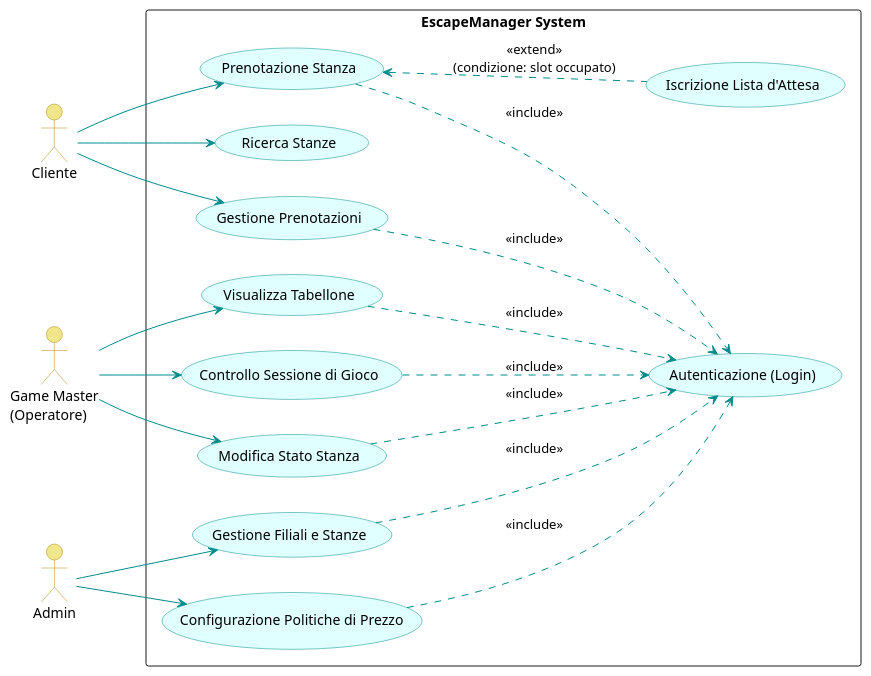
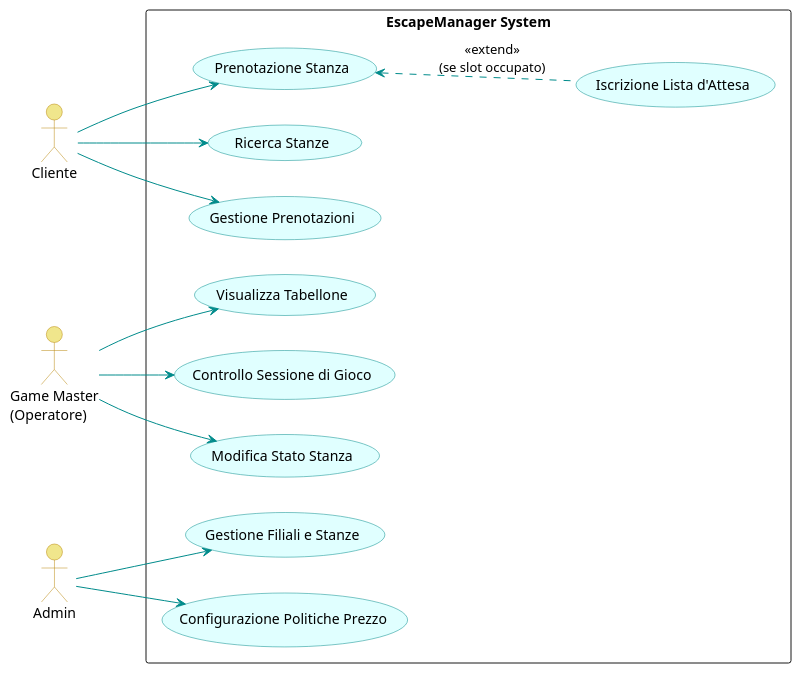
One commit to Adrycasta04/EscapeManager changed the diagram in docs/UML/usecase_diagram.puml. Above: the diagram before and after it, drawn with PlantUML. The commit also changed 31 other files, not shown here.

```diff
--- a/docs/UML/usecase_diagram.puml
+++ b/docs/UML/usecase_diagram.puml
@@ -1,64 +1,52 @@
 @startuml usecase_diagram
 left to right direction
 skinparam packageStyle rectangle
 skinparam usecase {
     BackgroundColor LightCyan
     BorderColor DarkCyan
     ArrowColor DarkCyan
 }
 skinparam actor {
     BackgroundColor Khaki
     BorderColor DarkGoldenRod
 }
 
 actor "Cliente" as C
 actor "Game Master\n(Operatore)" as GM
 actor "Admin" as A
 
 rectangle "EscapeManager System" {
     
-    ' --- Casi d'uso condivisi/inclusi ---
-    usecase "Autenticazione (Login)" as UC_Login
-    
     ' --- Casi d'uso Cliente ---
     usecase "Ricerca Stanze" as UC_C1
     usecase "Prenotazione Stanza" as UC_C2
     usecase "Iscrizione Lista d'Attesa" as UC_C3
     usecase "Gestione Prenotazioni" as UC_C4
     
     ' --- Casi d'uso Game Master ---
     usecase "Visualizza Tabellone" as UC_GM1
     usecase "Controllo Sessione di Gioco" as UC_GM2
     usecase "Modifica Stato Stanza" as UC_GM3
     
     ' --- Casi d'uso Admin ---
     usecase "Gestione Filiali e Stanze" as UC_A1
-    usecase "Configurazione Politiche di Prezzo" as UC_A2
+    usecase "Configurazione Politiche Prezzo" as UC_A2
 }
 
 ' --- Relazioni Attori -> Casi d'uso ---
 C --> UC_C1
 C --> UC_C2
 C --> UC_C4
 
 GM --> UC_GM1
 GM --> UC_GM2
 GM --> UC_GM3
 
 A --> UC_A1
 A --> UC_A2
 
-' --- Relazioni <<include>> (Dipendenze obbligatorie) ---
-UC_C2 ..> UC_Login : <<include>>
-UC_C4 ..> UC_Login : <<include>>
-UC_GM1 ..> UC_Login : <<include>>
-UC_GM2 ..> UC_Login : <<include>>
-UC_GM3 ..> UC_Login : <<include>>
-UC_A1 ..> UC_Login : <<include>>
-UC_A2 ..> UC_Login : <<include>>
-
 ' --- Relazioni <<extend>> (Flussi alternativi/opzionali) ---
 ' L'iscrizione alla lista d'attesa è un'estensione del tentativo di prenotazione se lo slot è pieno
-UC_C3 .up.> UC_C2 : <<extend>>\n(condizione: slot occupato)
+UC_C3 .up.> UC_C2 : <<extend>>\n(se slot occupato)
 
 @enduml
```
